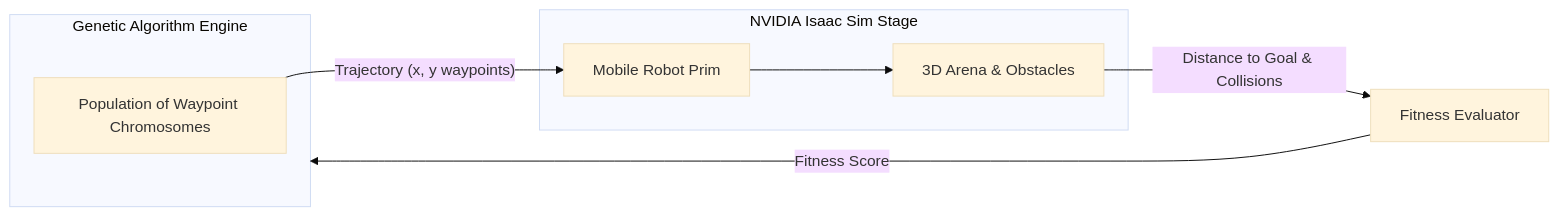
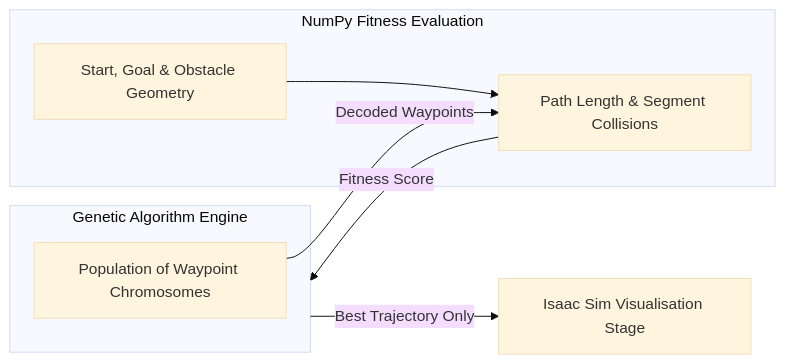
The third of 3 diagrams in src/lab3.md (robotictang/CSC3034), drawn with Mermaid (base theme) before and after one commit. The commit also changed other lines of this file and 109 other files, not shown here.

````diff
--- a/src/lab3.md
+++ b/src/lab3.md
@@ -808,16 +820,15 @@
 ```mermaid
 graph LR
     subgraph GA ["Genetic Algorithm Engine"]
         Pop["Population of Waypoint Chromosomes"]
     end
     
-    subgraph IsaacStage ["NVIDIA Isaac Sim Stage"]
-        Robot["Mobile Robot Prim"]
-        Arena["3D Arena & Obstacles"]
-        Robot --> Arena
+    subgraph Fitness ["NumPy Fitness Evaluation"]
+        Map["Start, Goal & Obstacle Geometry"]
+        FitEval["Path Length & Segment Collisions"]
+        Map --> FitEval
     end
-    
-    Pop -->|"Trajectory (x, y waypoints)"| Robot
-    Arena -->|"Distance to Goal & Collisions"| FitEval["Fitness Evaluator"]
+    Pop -->|"Decoded Waypoints"| FitEval
     FitEval -->|"Fitness Score"| GA
+    GA -->|"Best Trajectory Only"| IsaacStage["Isaac Sim Visualisation Stage"]
 ```
````
